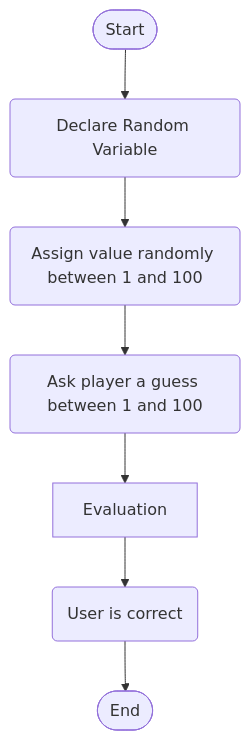
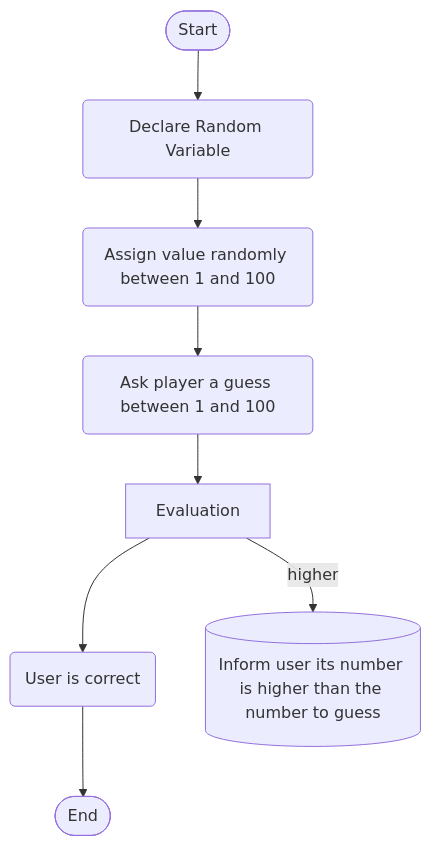
Before and after one commit to juansagarra/juansagarra.github.io: the diagram in Guessing.md, drawn with Mermaid.

````diff
--- a/Guessing.md
+++ b/Guessing.md
@@ -1,10 +1,11 @@
 ```mermaid
 flowchart TD
 
 
 
  Start([Start]) --> A(Declare Random Variable) --> B(Assign value randomly between 1 and 100) --> C(Ask player a guess between 1 and 100) --> Evaluation --> D(User is correct) --> End([End])
 
+Evaluation --> |higher| E[(Inform user its number is higher than the number to guess)]
 
 
 ```
````
